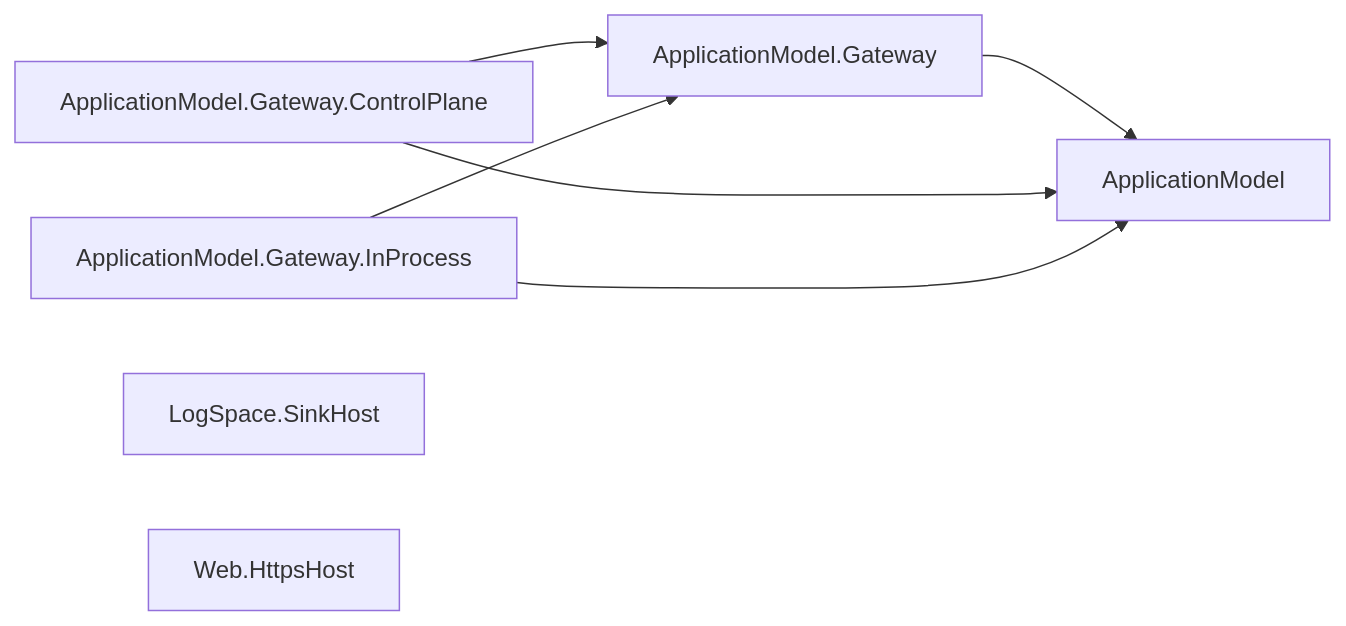
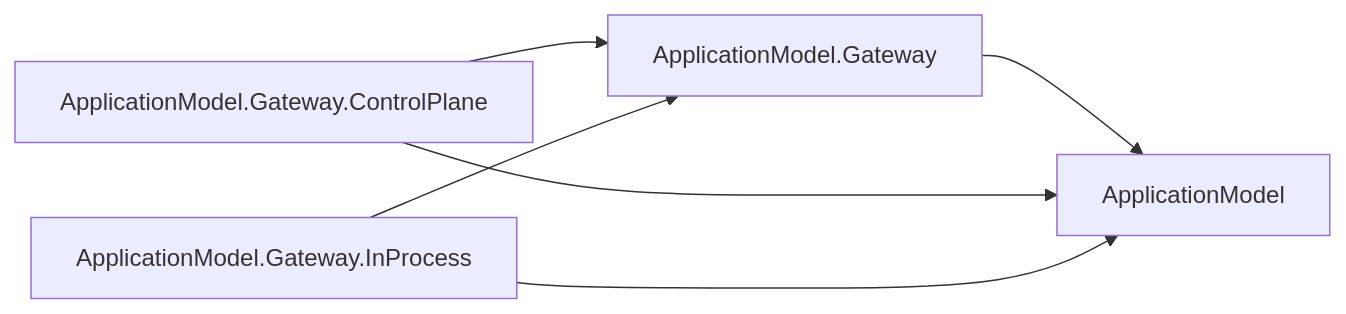
Before and after one commit to assimalign/cohesion: the second of 29 diagrams in docs/DEPENDENCIES.md, drawn with Mermaid. The commit also changed other lines of this file and 599 other files, not shown here.

````diff
--- a/docs/DEPENDENCIES.md
+++ b/docs/DEPENDENCIES.md
@@ -169,14 +168,12 @@
 ```mermaid
 flowchart LR
     N0["ApplicationModel"]
     N1["ApplicationModel.Gateway"]
     N2["ApplicationModel.Gateway.ControlPlane"]
     N3["ApplicationModel.Gateway.InProcess"]
-    N4["LogSpace.SinkHost"]
-    N5["Web.HttpsHost"]
     N1 --> N0
     N2 --> N0
     N2 --> N1
     N3 --> N0
     N3 --> N1
 ```
````
